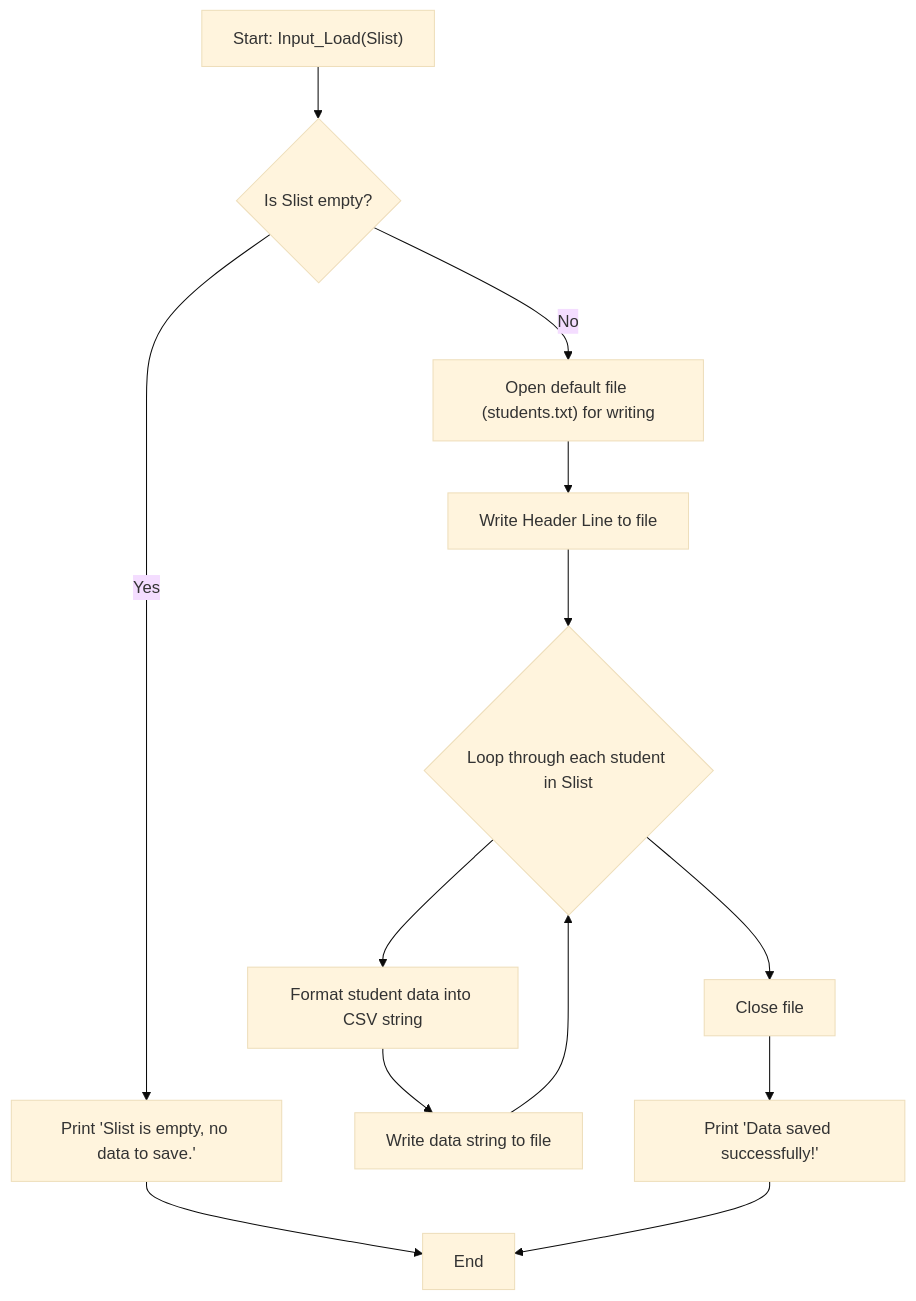
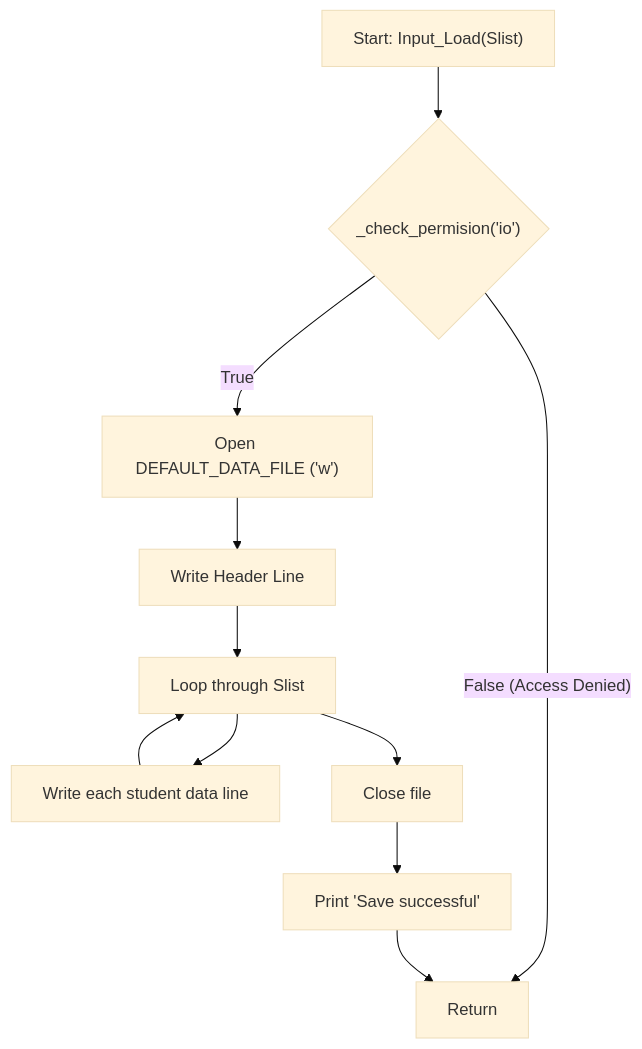
The tenth of 16 diagrams in README.md (luunguyentankhai/FinalPJonschool), drawn with Mermaid (base theme) before and after one commit. The commit also changed other lines of this file, not shown here.

````diff
--- a/README.md
+++ b/README.md
@@ -250,19 +264,16 @@
 ```mermaid
     graph TD
-    A["Start: Input_Load(Slist)"] --> B{Is Slist empty?};
-
-    B -- "Yes" --> C["Print 'Slist is empty, no data to save.'"];
-    C --> Z["End"];
-
-    B -- "No" --> D["Open default file (students.txt) for writing"];
-    D --> E["Write Header Line to file"];
+    A["Start: Input_Load(Slist)"] --> B{"_check_permision('io')"};
     
-    E --> F{Loop through each student in Slist};
-    F --> G["Format student data into CSV string"];
-    G --> H["Write data string to file"];
-    H --> F;
-
-    F --> I["Close file"];
-    I --> J["Print 'Data saved successfully!'"];
-    J --> Z;
+    B -- "False (Access Denied)" --> Z[Return];
+    
+    B -- "True" --> C["Open DEFAULT_DATA_FILE ('w')"];
+    C --> D["Write Header Line"];
+    D --> E["Loop through Slist"];
+    E --> F["Write each student data line"];
+    F --> E;
+    
+    E --> G["Close file"];
+    G --> H["Print 'Save successful'"];
+    H --> Z;
 ```
````
